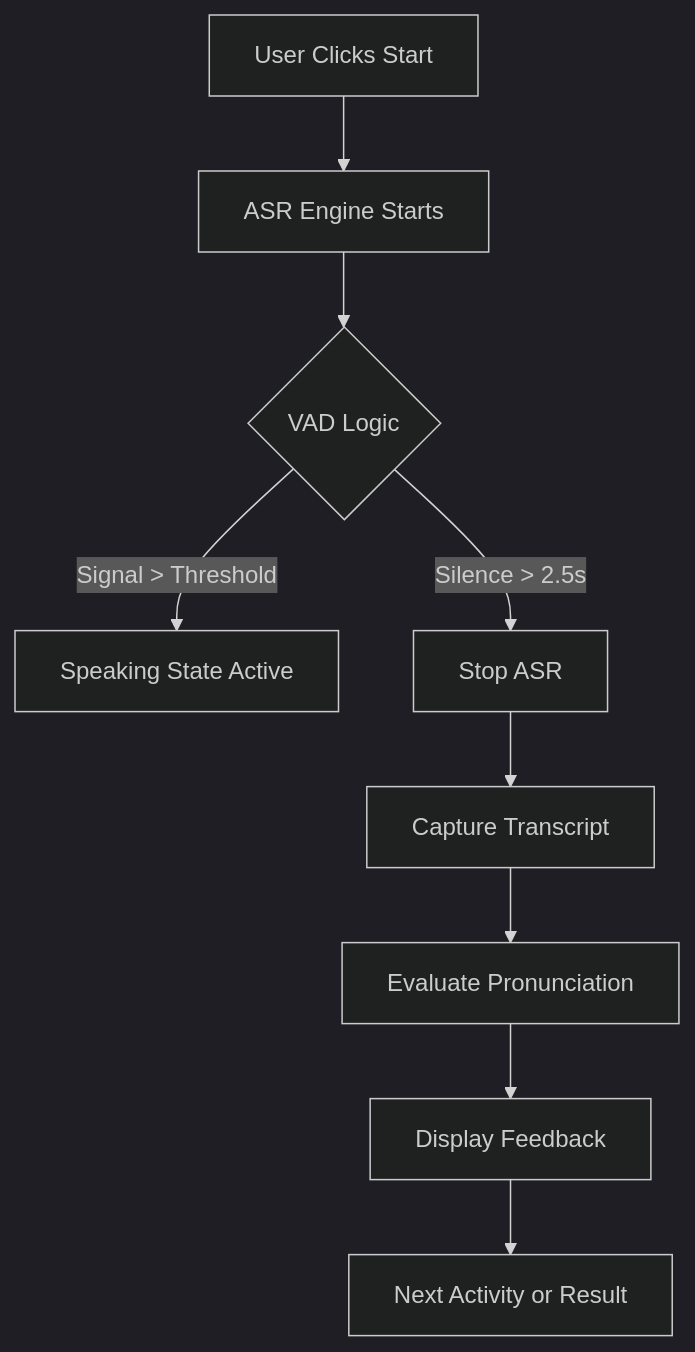
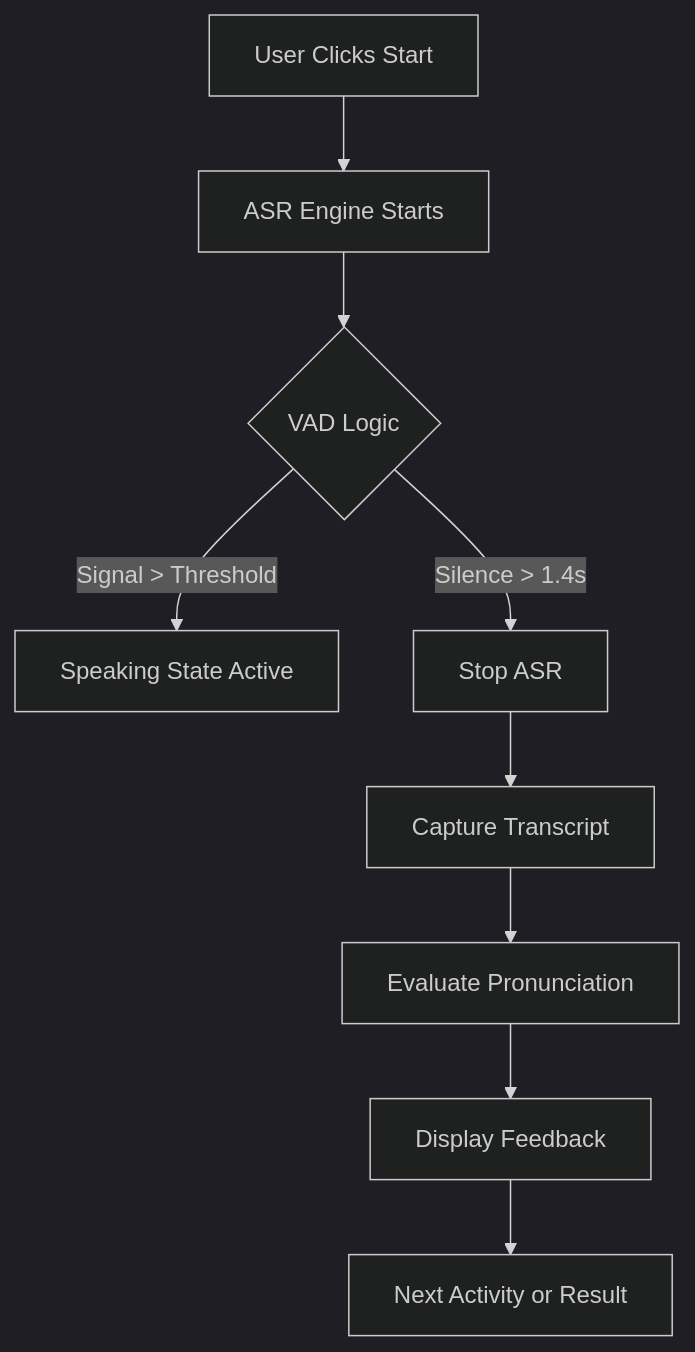
One commit to harshan-aiyappa/french-months-chakra changed the diagram in docs/TECHNICAL_FLOW.md. Above: the diagram before and after it, drawn with Mermaid (dark theme). The commit also changed other lines of this file and 3 other files, not shown here.

````diff
--- a/docs/TECHNICAL_FLOW.md
+++ b/docs/TECHNICAL_FLOW.md
@@ -29,11 +29,11 @@
 ```mermaid
 graph TD
     A[User Clicks Start] --> B[ASR Engine Starts]
     B --> C{VAD Logic}
     C -- "Signal > Threshold" --> D[Speaking State Active]
-    C -- "Silence > 2.5s" --> E[Stop ASR]
+    C -- "Silence > 1.4s" --> E[Stop ASR]
     E --> F[Capture Transcript]
     F --> G[Evaluate Pronunciation]
     G --> H[Display Feedback]
     H --> I[Next Activity or Result]
 ```
````
